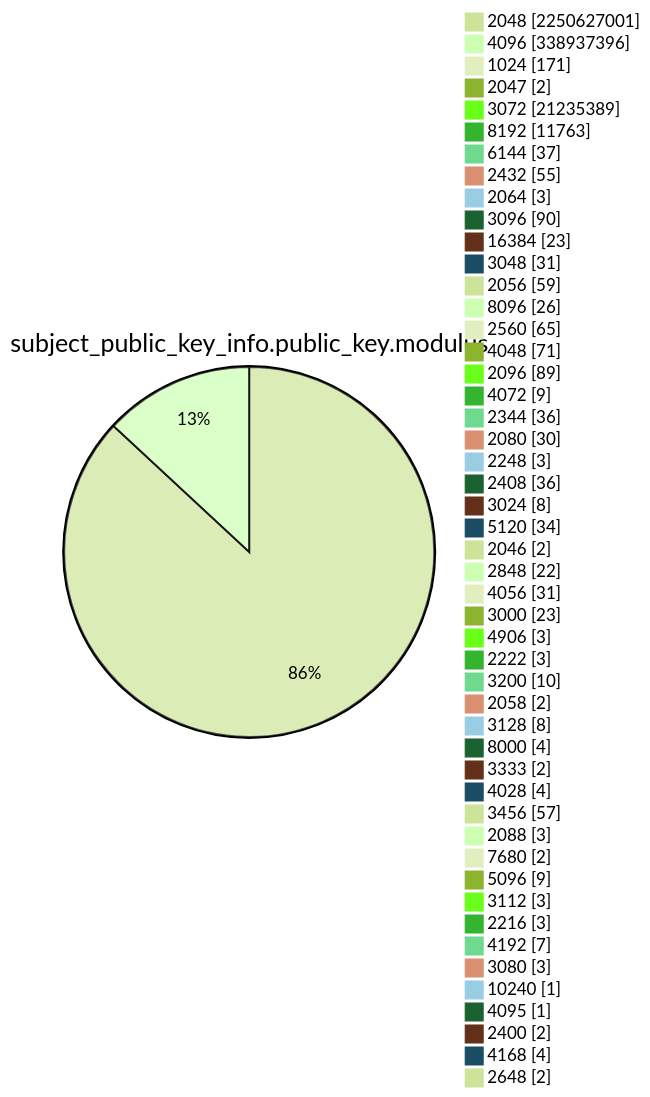
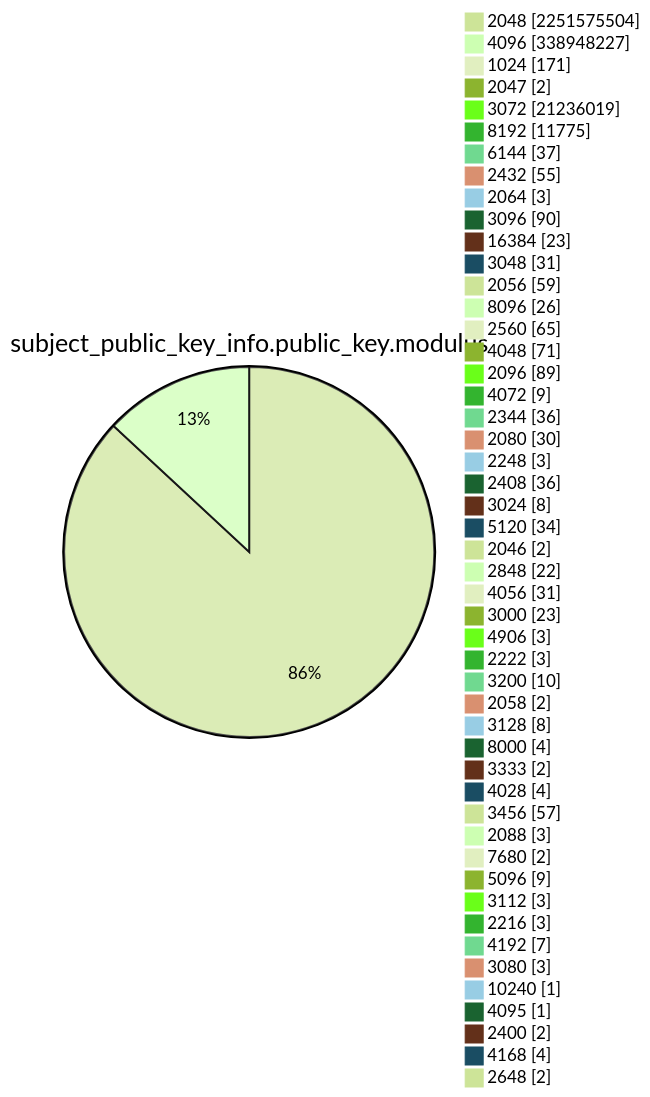
Diagram 13 of 15 in TOTAL/README.md (christiankrug/ctmonitor_visualization), drawn with Mermaid (forest theme) before and after one commit. The commit also changed other lines of this file, not shown here.

````diff
--- a/TOTAL/README.md
+++ b/TOTAL/README.md
@@ -4165,53 +4166,53 @@
 ```mermaid
 pie showData
 title subject_public_key_info.public_key.modulus
-"2048" :2250627001
-"4096" :338937396
+"2048" :2251575504
+"4096" :338948227
 "1024" :171
 "2047" :2
-"3072" :21235389
-"8192" :11763
+"3072" :21236019
+"8192" :11775
 "6144" :37
 "2432" :55
 "2064" :3
 "3096" :90
 "16384" :23
 "3048" :31
 "2056" :59
 "8096" :26
 "2560" :65
 "4048" :71
 "2096" :89
 "4072" :9
 "2344" :36
 "2080" :30
 "2248" :3
 "2408" :36
 "3024" :8
 "5120" :34
 "2046" :2
 "2848" :22
 "4056" :31
 "3000" :23
 "4906" :3
 "2222" :3
 "3200" :10
 "2058" :2
 "3128" :8
 "8000" :4
 "3333" :2
 "4028" :4
 "3456" :57
 "2088" :3
 "7680" :2
 "5096" :9
 "3112" :3
 "2216" :3
 "4192" :7
 "3080" :3
 "10240" :1
 "4095" :1
 "2400" :2
 "4168" :4
 "2648" :2
 ```
````
